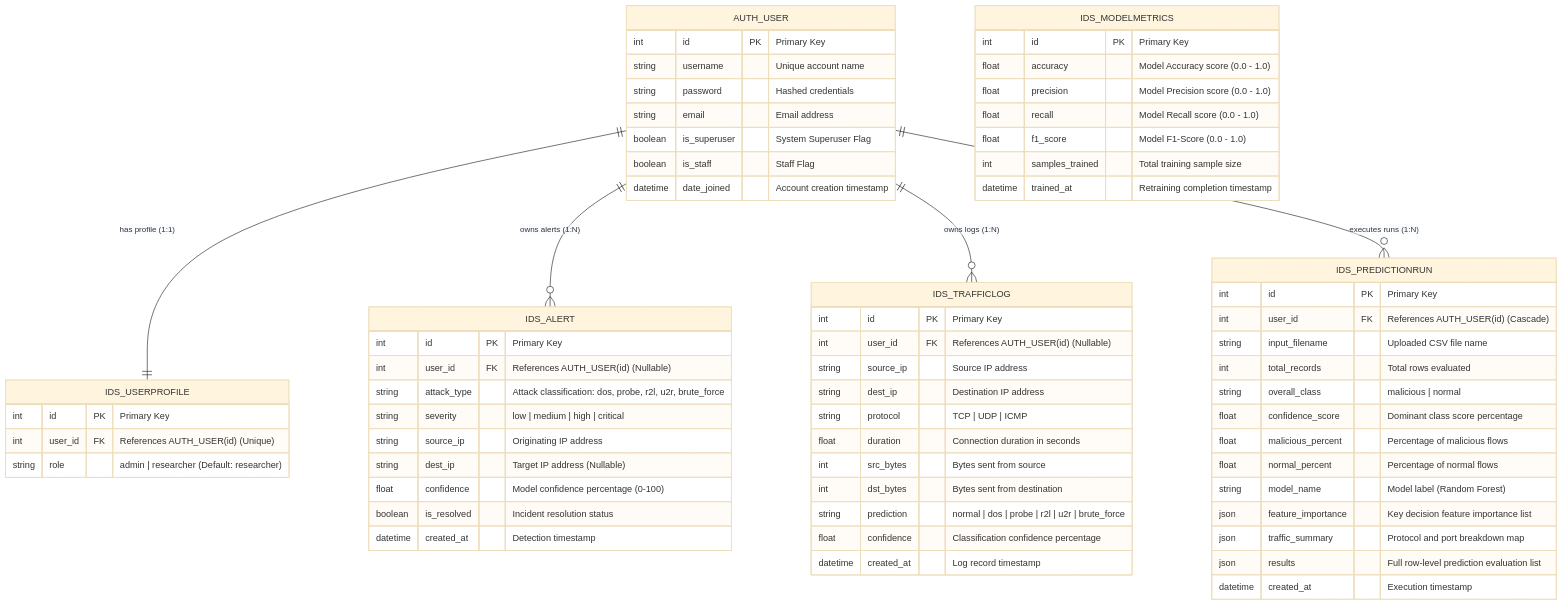
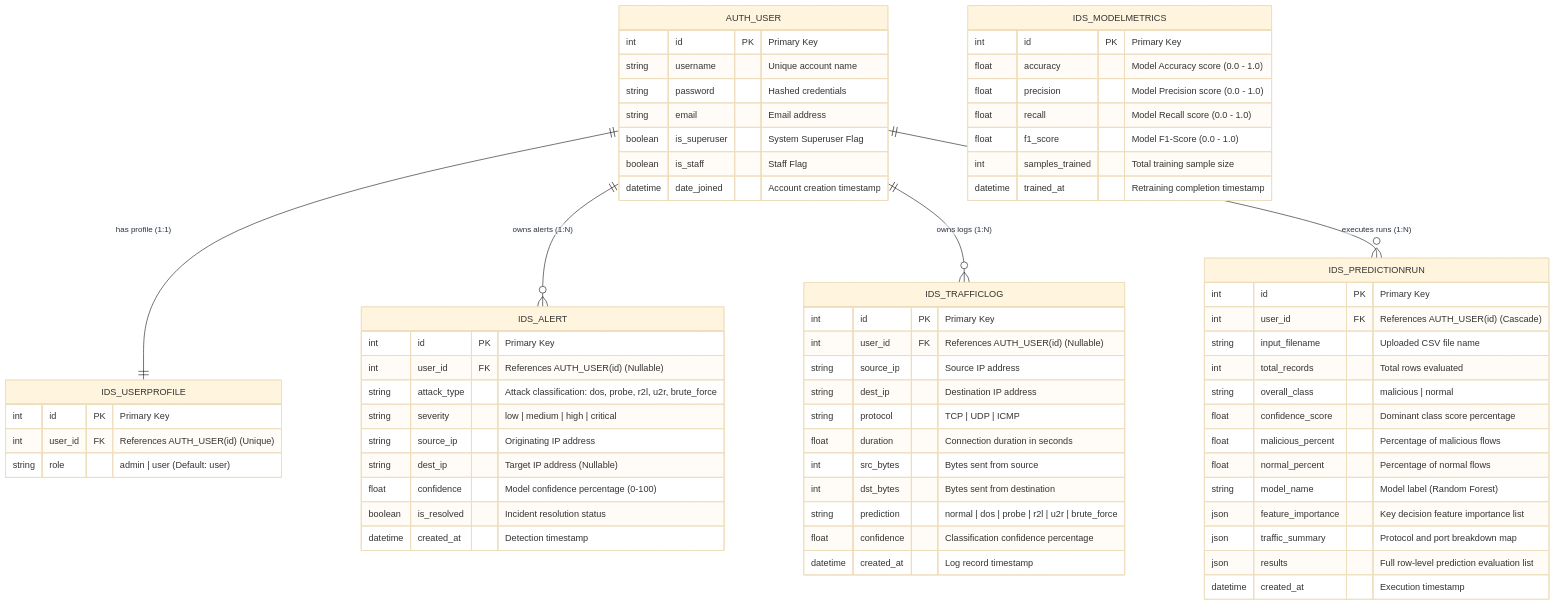
One commit to rohitmajhi18/NetSentinel-AI changed the sixth of 6 diagrams in docs/UML_AND_SYSTEM_ARCHITECTURE.md. Above: the diagram before and after it, drawn with Mermaid (base theme). The commit also changed other lines of this file and 23 other files, not shown here.

````diff
--- a/docs/UML_AND_SYSTEM_ARCHITECTURE.md
+++ b/docs/UML_AND_SYSTEM_ARCHITECTURE.md
@@ -361,75 +370,75 @@
 ```mermaid
 erDiagram
     AUTH_USER ||--|| IDS_USERPROFILE : "has profile (1:1)"
     AUTH_USER ||--o{ IDS_ALERT : "owns alerts (1:N)"
     AUTH_USER ||--o{ IDS_TRAFFICLOG : "owns logs (1:N)"
     AUTH_USER ||--o{ IDS_PREDICTIONRUN : "executes runs (1:N)"
 
     AUTH_USER {
         int id PK "Primary Key"
         string username "Unique account name"
         string password "Hashed credentials"
         string email "Email address"
         boolean is_superuser "System Superuser Flag"
         boolean is_staff "Staff Flag"
         datetime date_joined "Account creation timestamp"
     }
 
     IDS_USERPROFILE {
         int id PK "Primary Key"
         int user_id FK "References AUTH_USER(id) (Unique)"
-        string role "admin | researcher (Default: researcher)"
+        string role "admin | user (Default: user)"
     }
 
     IDS_ALERT {
         int id PK "Primary Key"
         int user_id FK "References AUTH_USER(id) (Nullable)"
         string attack_type "Attack classification: dos, probe, r2l, u2r, brute_force"
         string severity "low | medium | high | critical"
         string source_ip "Originating IP address"
         string dest_ip "Target IP address (Nullable)"
         float confidence "Model confidence percentage (0-100)"
         boolean is_resolved "Incident resolution status"
         datetime created_at "Detection timestamp"
     }
 
     IDS_TRAFFICLOG {
         int id PK "Primary Key"
         int user_id FK "References AUTH_USER(id) (Nullable)"
         string source_ip "Source IP address"
         string dest_ip "Destination IP address"
         string protocol "TCP | UDP | ICMP"
         float duration "Connection duration in seconds"
         int src_bytes "Bytes sent from source"
         int dst_bytes "Bytes sent from destination"
         string prediction "normal | dos | probe | r2l | u2r | brute_force"
         float confidence "Classification confidence percentage"
         datetime created_at "Log record timestamp"
     }
 
     IDS_PREDICTIONRUN {
         int id PK "Primary Key"
         int user_id FK "References AUTH_USER(id) (Cascade)"
         string input_filename "Uploaded CSV file name"
         int total_records "Total rows evaluated"
         string overall_class "malicious | normal"
         float confidence_score "Dominant class score percentage"
         float malicious_percent "Percentage of malicious flows"
         float normal_percent "Percentage of normal flows"
         string model_name "Model label (Random Forest)"
         json feature_importance "Key decision feature importance list"
         json traffic_summary "Protocol and port breakdown map"
         json results "Full row-level prediction evaluation list"
         datetime created_at "Execution timestamp"
     }
 
     IDS_MODELMETRICS {
         int id PK "Primary Key"
         float accuracy "Model Accuracy score (0.0 - 1.0)"
         float precision "Model Precision score (0.0 - 1.0)"
         float recall "Model Recall score (0.0 - 1.0)"
         float f1_score "Model F1-Score (0.0 - 1.0)"
         int samples_trained "Total training sample size"
         datetime trained_at "Retraining completion timestamp"
     }
 ```
````
